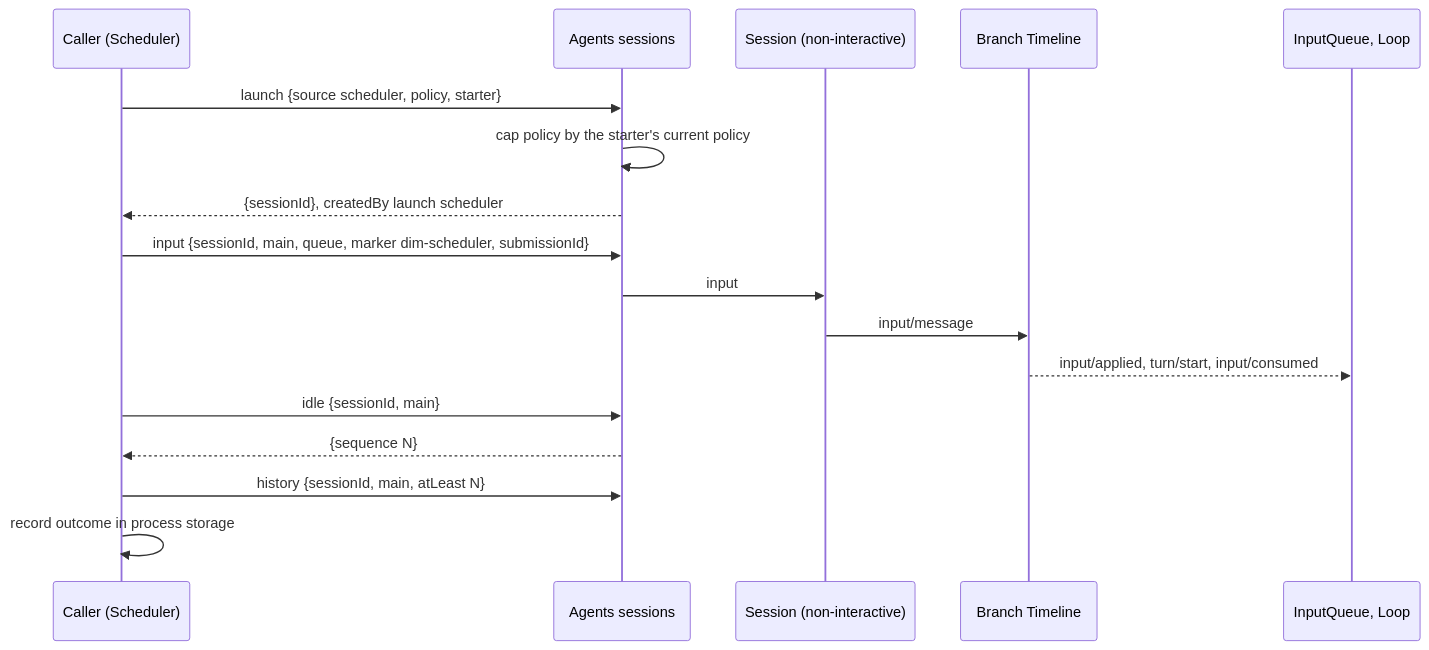
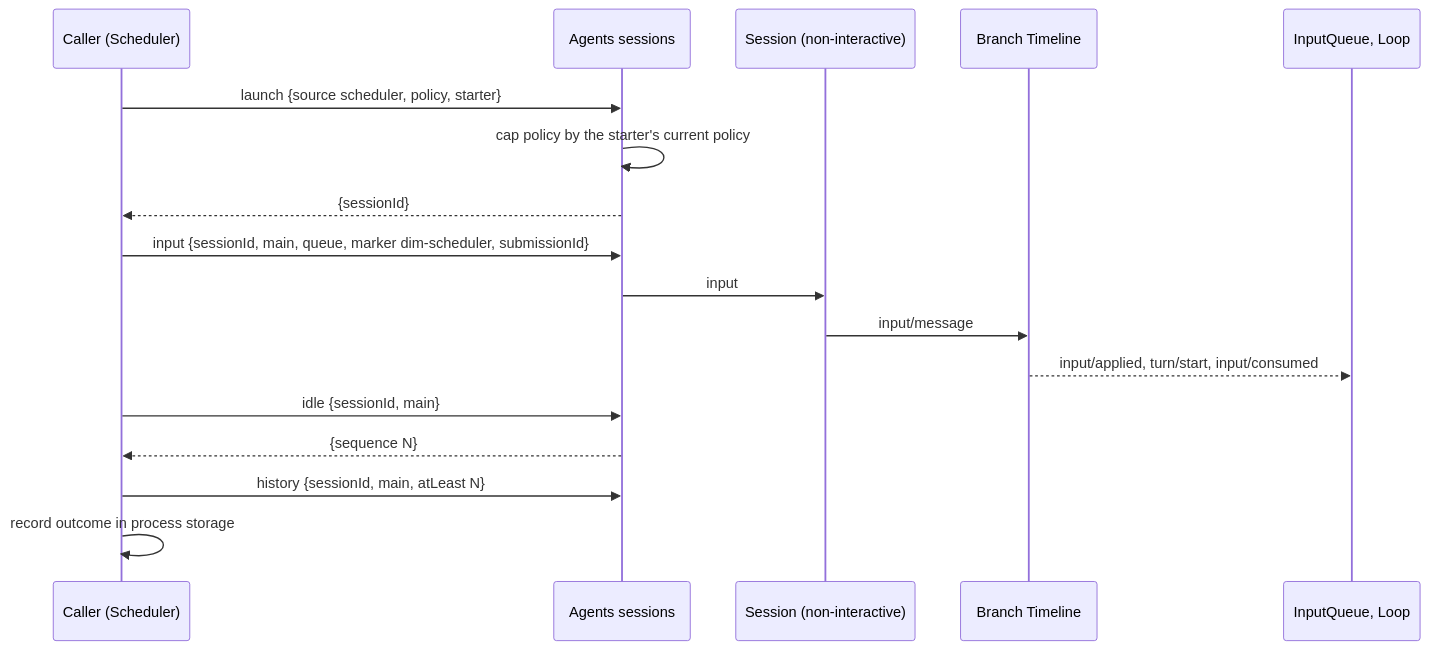
One commit to CoutinhoTTS/dim-agent changed the second of 3 diagrams in docs/design/contracts/session-access.md. Above: the diagram before and after it, drawn with Mermaid. The commit also changed other lines of this file and 27 other files, not shown here.

````diff
--- a/docs/design/contracts/session-access.md
+++ b/docs/design/contracts/session-access.md
@@ -75,19 +75,19 @@
 ```mermaid
 sequenceDiagram
   participant C as Caller (Scheduler)
   participant AI as Agents sessions
   participant S as Session (non-interactive)
   participant TL as Branch Timeline
   participant L as InputQueue, Loop
   C->>AI: launch {source scheduler, policy, starter}
   AI->>AI: cap policy by the starter's current policy
-  AI-->>C: {sessionId}, createdBy launch scheduler
+  AI-->>C: {sessionId}
   C->>AI: input {sessionId, main, queue, marker dim-scheduler, submissionId}
   AI->>S: input
   S->>TL: input/message
   TL-->>L: input/applied, turn/start, input/consumed
   C->>AI: idle {sessionId, main}
   AI-->>C: {sequence N}
   C->>AI: history {sessionId, main, atLeast N}
   C->>C: record outcome in process storage
 ```
````
